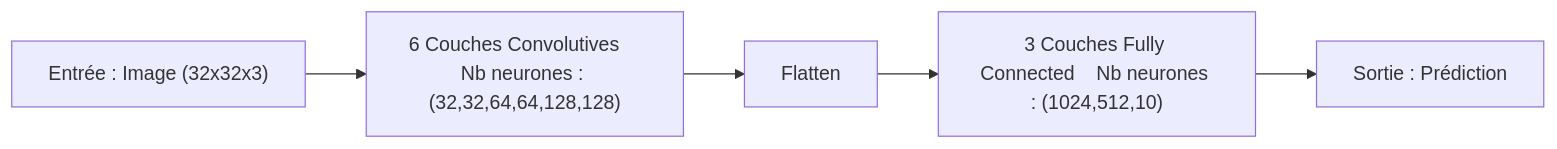
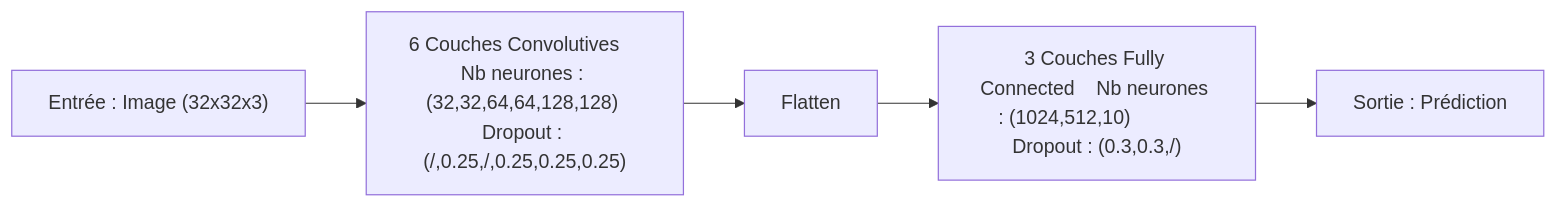
One commit to PaulGuillemin/embedded-AI-CIFAR-10 changed the third of 7 diagrams in README.md. Above: the diagram before and after it, drawn with Mermaid. The commit also changed other lines of this file, not shown here.

````diff
--- a/README.md
+++ b/README.md
@@ -136,7 +136,7 @@
 ```mermaid
 flowchart LR
-    A["Entrée : Image (32x32x3)"] --> B["6 Couches Convolutives    Nb neurones : (32,32,64,64,128,128)"]
+    A["Entrée : Image (32x32x3)"] --> B["6 Couches Convolutives    Nb neurones : (32,32,64,64,128,128) Dropout : (/,0.25,/,0.25,0.25,0.25)"]
     B --> C["Flatten"]
-    C --> D["3 Couches Fully Connected    Nb neurones : (1024,512,10)"]
+    C --> D["3 Couches Fully Connected    Nb neurones : (1024,512,10)            Dropout : (0.3,0.3,/)"]
     D --> E["Sortie : Prédiction"]
 ```
````
